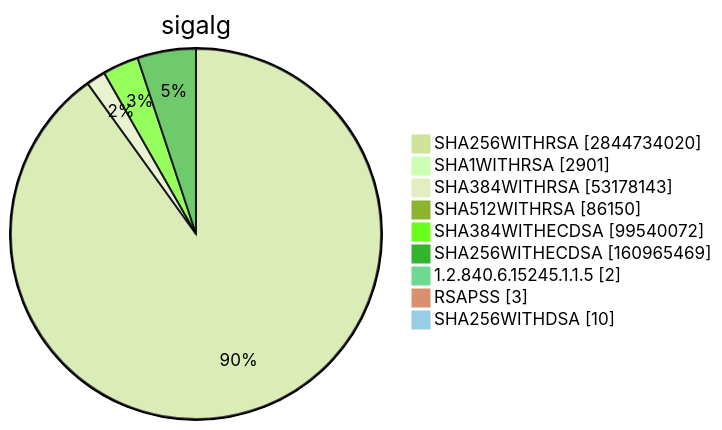
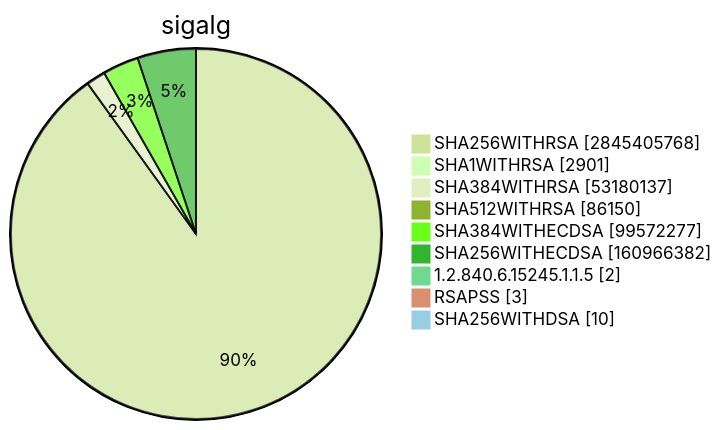
Diagram 15 of 15 in TOTAL/README.md (christiankrug/ctmonitor_visualization), drawn with Mermaid (forest theme) before and after one commit. The commit also changed other lines of this file, not shown here.

````diff
--- a/TOTAL/README.md
+++ b/TOTAL/README.md
@@ -6207,13 +6207,13 @@
 ```mermaid
 pie showData
 title sigalg
-"SHA256WITHRSA" :2844734020
+"SHA256WITHRSA" :2845405768
 "SHA1WITHRSA" :2901
-"SHA384WITHRSA" :53178143
+"SHA384WITHRSA" :53180137
 "SHA512WITHRSA" :86150
-"SHA384WITHECDSA" :99540072
-"SHA256WITHECDSA" :160965469
+"SHA384WITHECDSA" :99572277
+"SHA256WITHECDSA" :160966382
 "1.2.840.6.15245.1.1.5" :2
 "RSAPSS" :3
 "SHA256WITHDSA" :10
 ```
````
